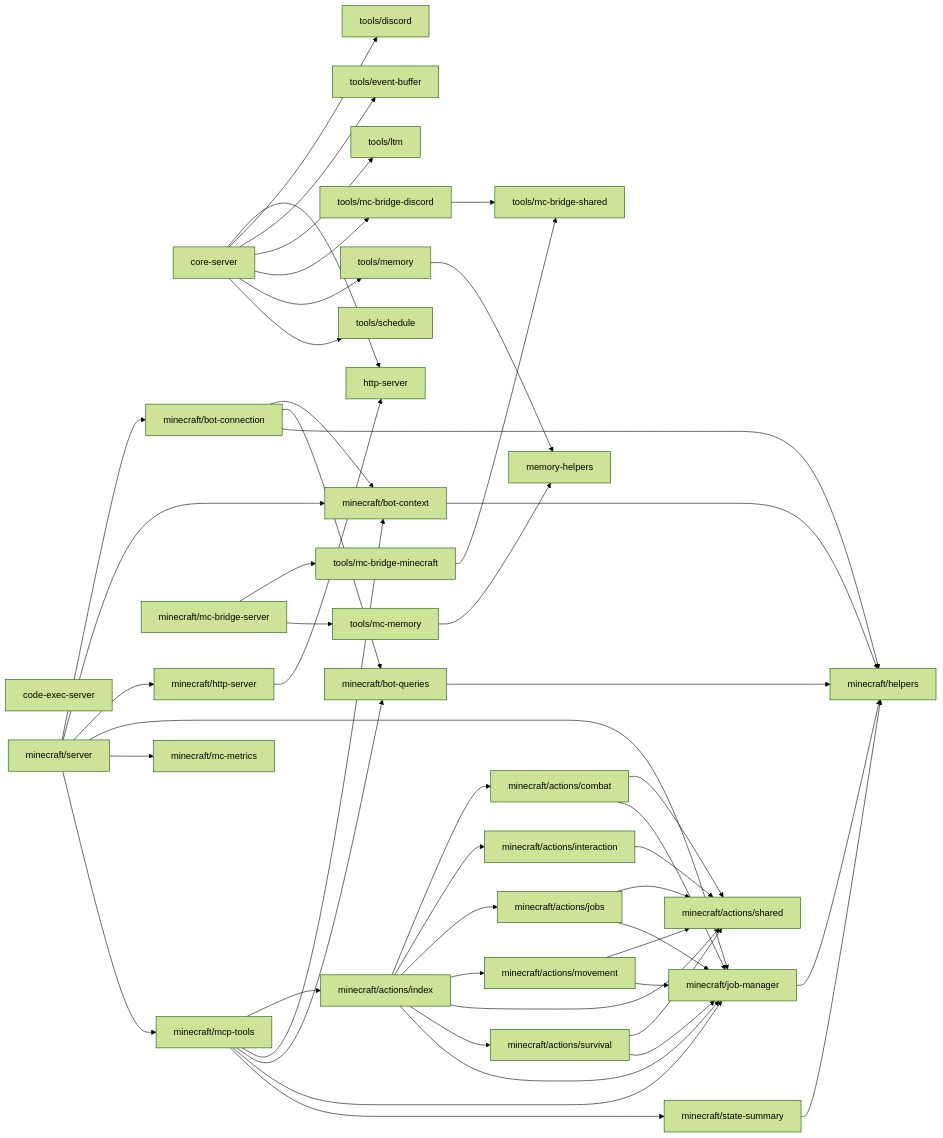
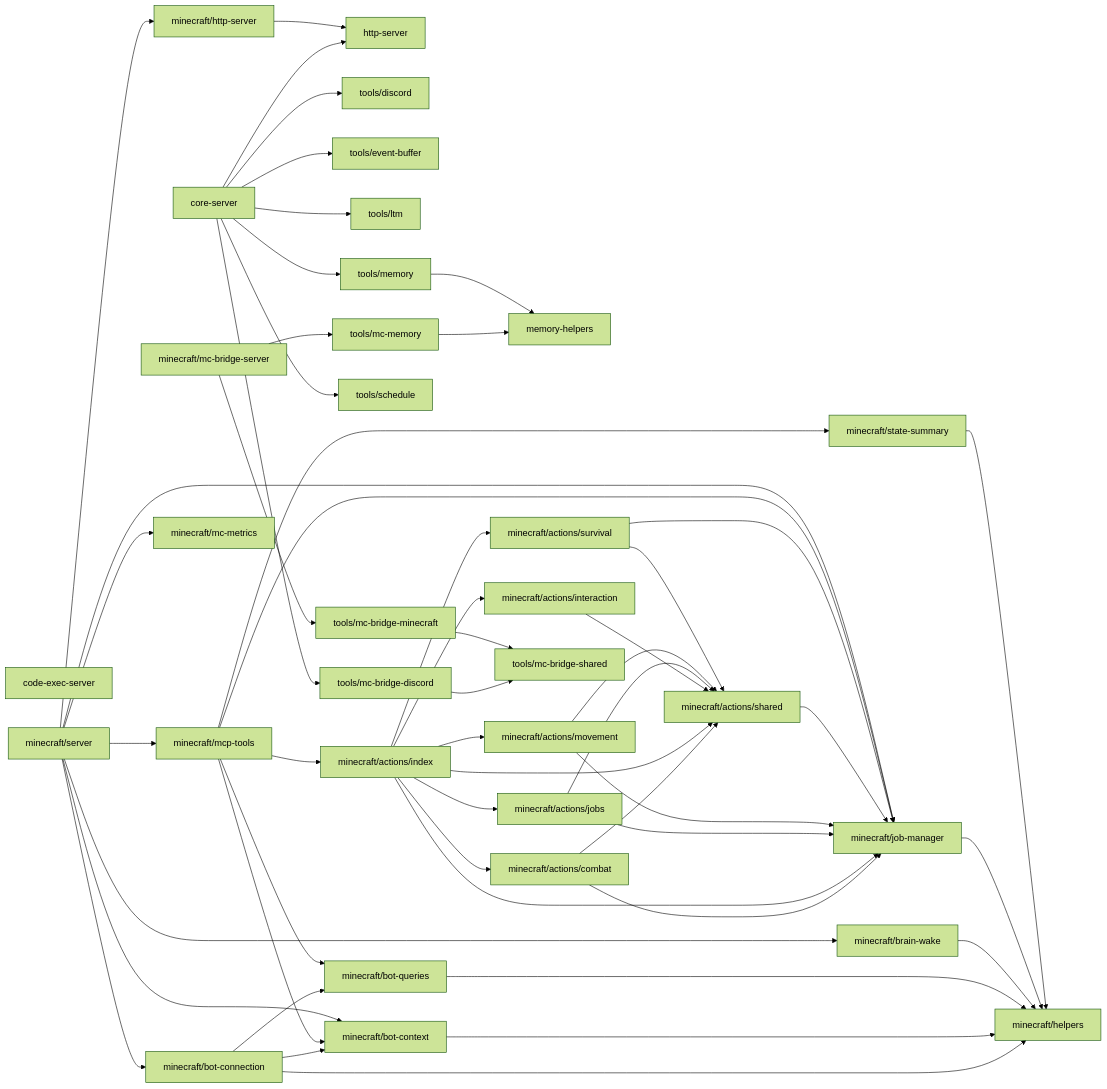
The diagram in src/mcp/DEPS.md (OJII3/vicissitude), drawn with Mermaid (forest theme) before and after one commit. The commit also changed other lines of this file and 24 other files, not shown here.

````diff
--- a/src/mcp/DEPS.md
+++ b/src/mcp/DEPS.md
@@ -7,62 +7,64 @@
 ```mermaid
 graph LR
   code_exec_server["code-exec-server"]
   core_server["core-server"] --> http_server["http-server"]
   core_server["core-server"] --> tools_discord["tools/discord"]
   core_server["core-server"] --> tools_event_buffer["tools/event-buffer"]
   core_server["core-server"] --> tools_ltm["tools/ltm"]
   core_server["core-server"] --> tools_mc_bridge_discord["tools/mc-bridge-discord"]
   core_server["core-server"] --> tools_memory["tools/memory"]
   core_server["core-server"] --> tools_schedule["tools/schedule"]
   http_server["http-server"]
   memory_helpers["memory-helpers"]
   minecraft_actions_combat["minecraft/actions/combat"] --> minecraft_actions_shared["minecraft/actions/shared"]
   minecraft_actions_combat["minecraft/actions/combat"] --> minecraft_job_manager["minecraft/job-manager"]
   minecraft_actions_index["minecraft/actions/index"] --> minecraft_actions_combat["minecraft/actions/combat"]
   minecraft_actions_index["minecraft/actions/index"] --> minecraft_actions_interaction["minecraft/actions/interaction"]
   minecraft_actions_index["minecraft/actions/index"] --> minecraft_actions_jobs["minecraft/actions/jobs"]
   minecraft_actions_index["minecraft/actions/index"] --> minecraft_actions_movement["minecraft/actions/movement"]
   minecraft_actions_index["minecraft/actions/index"] --> minecraft_actions_shared["minecraft/actions/shared"]
   minecraft_actions_index["minecraft/actions/index"] --> minecraft_actions_survival["minecraft/actions/survival"]
   minecraft_actions_index["minecraft/actions/index"] --> minecraft_job_manager["minecraft/job-manager"]
   minecraft_actions_interaction["minecraft/actions/interaction"] --> minecraft_actions_shared["minecraft/actions/shared"]
   minecraft_actions_jobs["minecraft/actions/jobs"] --> minecraft_actions_shared["minecraft/actions/shared"]
   minecraft_actions_jobs["minecraft/actions/jobs"] --> minecraft_job_manager["minecraft/job-manager"]
   minecraft_actions_movement["minecraft/actions/movement"] --> minecraft_actions_shared["minecraft/actions/shared"]
   minecraft_actions_movement["minecraft/actions/movement"] --> minecraft_job_manager["minecraft/job-manager"]
-  minecraft_actions_shared["minecraft/actions/shared"]
+  minecraft_actions_shared["minecraft/actions/shared"] --> minecraft_job_manager["minecraft/job-manager"]
   minecraft_actions_survival["minecraft/actions/survival"] --> minecraft_actions_shared["minecraft/actions/shared"]
   minecraft_actions_survival["minecraft/actions/survival"] --> minecraft_job_manager["minecraft/job-manager"]
   minecraft_bot_connection["minecraft/bot-connection"] --> minecraft_bot_context["minecraft/bot-context"]
   minecraft_bot_connection["minecraft/bot-connection"] --> minecraft_bot_queries["minecraft/bot-queries"]
   minecraft_bot_connection["minecraft/bot-connection"] --> minecraft_helpers["minecraft/helpers"]
   minecraft_bot_context["minecraft/bot-context"] --> minecraft_helpers["minecraft/helpers"]
   minecraft_bot_queries["minecraft/bot-queries"] --> minecraft_helpers["minecraft/helpers"]
+  minecraft_brain_wake["minecraft/brain-wake"] --> minecraft_helpers["minecraft/helpers"]
   minecraft_helpers["minecraft/helpers"]
   minecraft_http_server["minecraft/http-server"] --> http_server["http-server"]
   minecraft_job_manager["minecraft/job-manager"] --> minecraft_helpers["minecraft/helpers"]
   minecraft_mc_bridge_server["minecraft/mc-bridge-server"] --> tools_mc_bridge_minecraft["tools/mc-bridge-minecraft"]
   minecraft_mc_bridge_server["minecraft/mc-bridge-server"] --> tools_mc_memory["tools/mc-memory"]
   minecraft_mc_metrics["minecraft/mc-metrics"]
   minecraft_mcp_tools["minecraft/mcp-tools"] --> minecraft_actions_index["minecraft/actions/index"]
   minecraft_mcp_tools["minecraft/mcp-tools"] --> minecraft_bot_context["minecraft/bot-context"]
   minecraft_mcp_tools["minecraft/mcp-tools"] --> minecraft_bot_queries["minecraft/bot-queries"]
   minecraft_mcp_tools["minecraft/mcp-tools"] --> minecraft_job_manager["minecraft/job-manager"]
   minecraft_mcp_tools["minecraft/mcp-tools"] --> minecraft_state_summary["minecraft/state-summary"]
   minecraft_server["minecraft/server"] --> minecraft_bot_connection["minecraft/bot-connection"]
   minecraft_server["minecraft/server"] --> minecraft_bot_context["minecraft/bot-context"]
+  minecraft_server["minecraft/server"] --> minecraft_brain_wake["minecraft/brain-wake"]
   minecraft_server["minecraft/server"] --> minecraft_http_server["minecraft/http-server"]
   minecraft_server["minecraft/server"] --> minecraft_job_manager["minecraft/job-manager"]
   minecraft_server["minecraft/server"] --> minecraft_mc_metrics["minecraft/mc-metrics"]
   minecraft_server["minecraft/server"] --> minecraft_mcp_tools["minecraft/mcp-tools"]
   minecraft_state_summary["minecraft/state-summary"] --> minecraft_helpers["minecraft/helpers"]
   tools_discord["tools/discord"]
   tools_event_buffer["tools/event-buffer"]
   tools_ltm["tools/ltm"]
   tools_mc_bridge_discord["tools/mc-bridge-discord"] --> tools_mc_bridge_shared["tools/mc-bridge-shared"]
   tools_mc_bridge_minecraft["tools/mc-bridge-minecraft"] --> tools_mc_bridge_shared["tools/mc-bridge-shared"]
   tools_mc_bridge_shared["tools/mc-bridge-shared"]
   tools_mc_memory["tools/mc-memory"] --> memory_helpers["memory-helpers"]
   tools_memory["tools/memory"] --> memory_helpers["memory-helpers"]
   tools_schedule["tools/schedule"]
 ```
````
